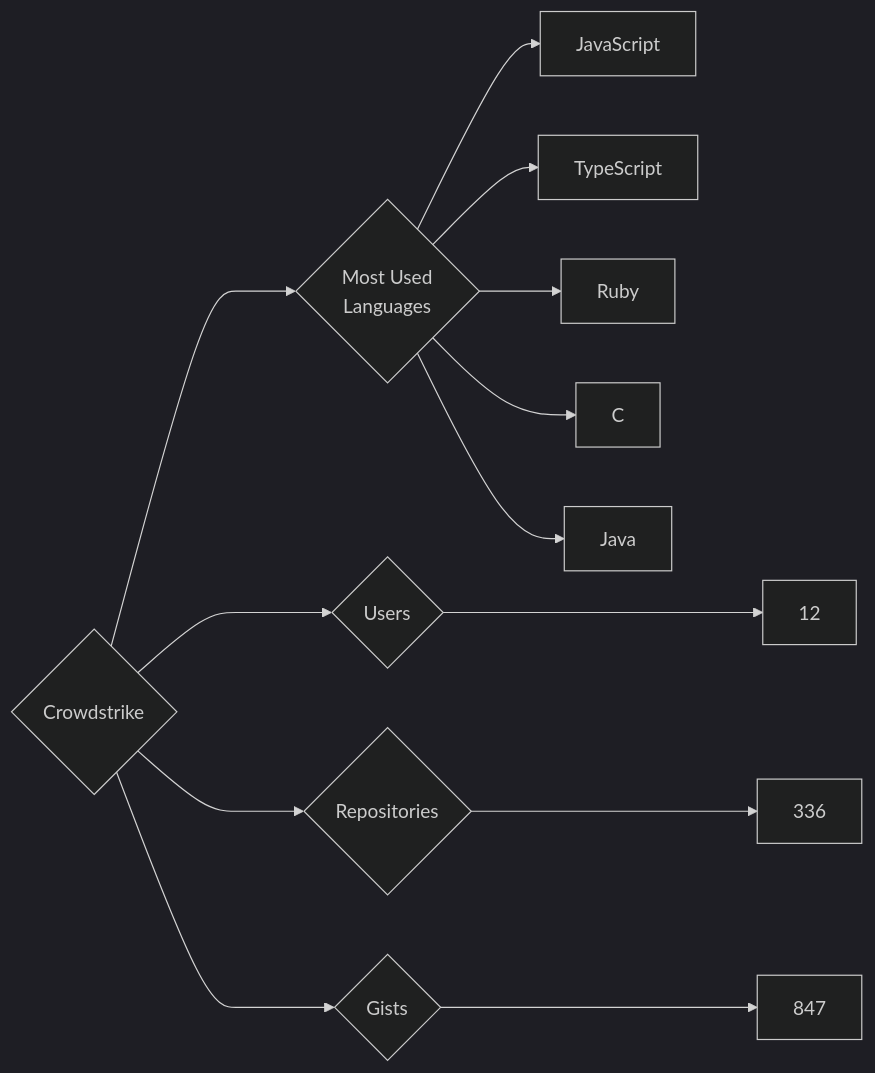
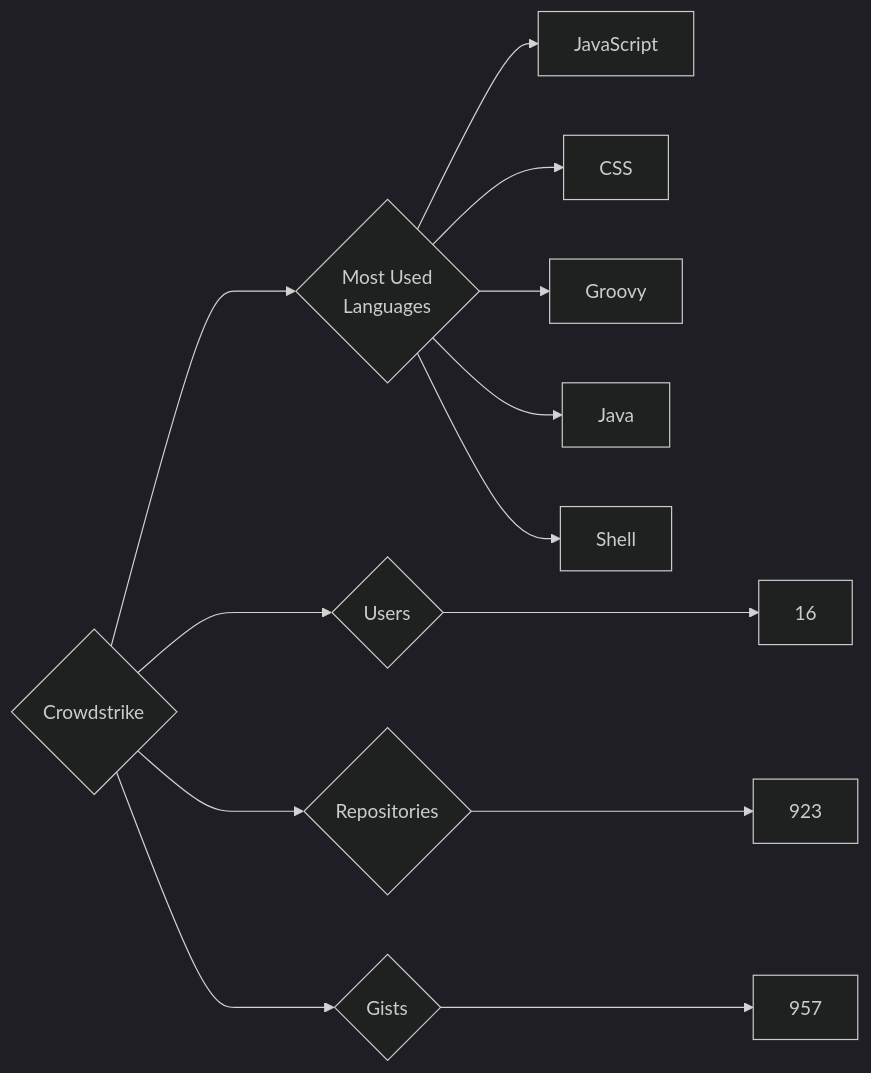
One commit to trickest/insiders changed the diagram in targets/Crowdstrike/README.md. Above: the diagram before and after it, drawn with Mermaid (dark theme). The commit also changed 891 other files, not shown here.

````diff
--- a/targets/Crowdstrike/README.md
+++ b/targets/Crowdstrike/README.md
@@ -3,13 +3,13 @@
 ```mermaid
 graph LR
 COMPANY_NAME{Crowdstrike}
-COMPANY_NAME ---> U{Users} ---> UN[12]
-COMPANY_NAME ---> R{Repositories} ---> RN[336]
-COMPANY_NAME ---> G{Gists} ---> GN[847]
+COMPANY_NAME ---> U{Users} ---> UN[16]
+COMPANY_NAME ---> R{Repositories} ---> RN[923]
+COMPANY_NAME ---> G{Gists} ---> GN[957]
 COMPANY_NAME ---> ML{Most Used<br>Languages}
 ML --> JavaScript[JavaScript]
-ML --> TypeScript[TypeScript]
-ML --> Ruby[Ruby]
-ML --> C[C]
+ML --> CSS[CSS]
+ML --> Groovy[Groovy]
 ML --> Java[Java]
+ML --> Shell[Shell]
 ```
````
